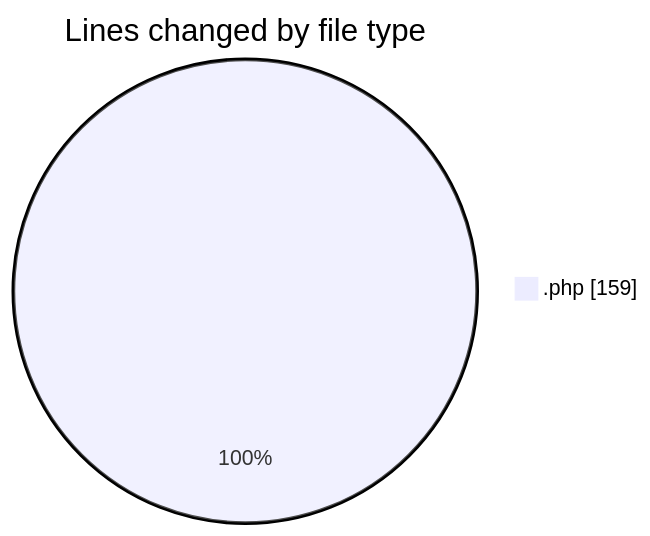
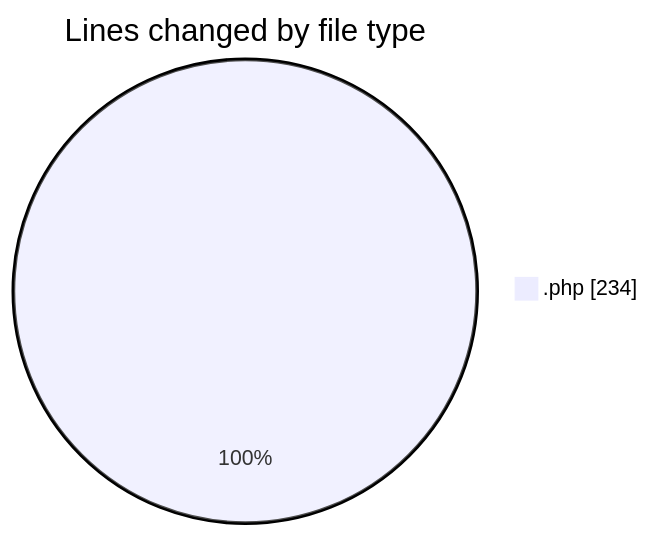
One commit to LanceThiago/code-tracking changed the first of 2 diagrams in 2026-09-10/web/README.md. Above: the diagram before and after it, drawn with Mermaid. The commit also changed other lines of this file and 1 other file, not shown here.

````diff
--- a/2026-09-10/web/README.md
+++ b/2026-09-10/web/README.md
@@ -20,5 +20,5 @@
 ```mermaid
 pie showData
 title Lines changed by file type
-".php" : 159
+".php" : 234
 ```
````
